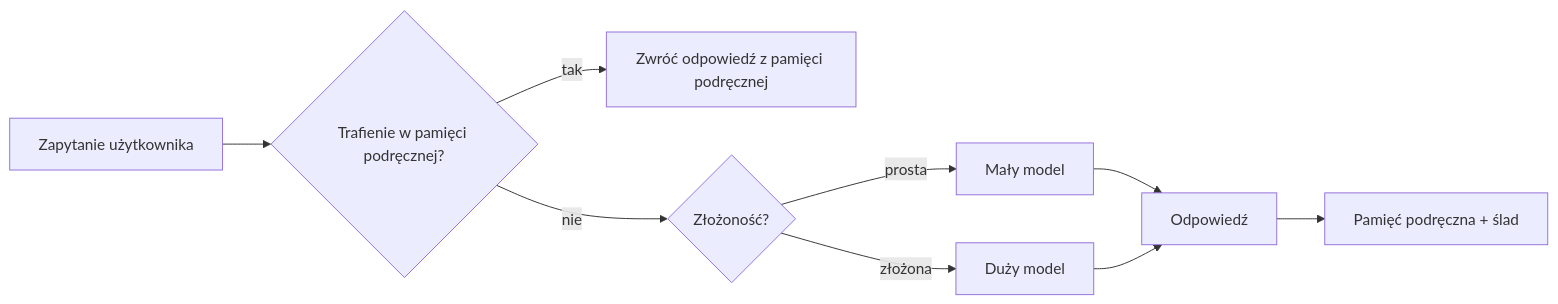
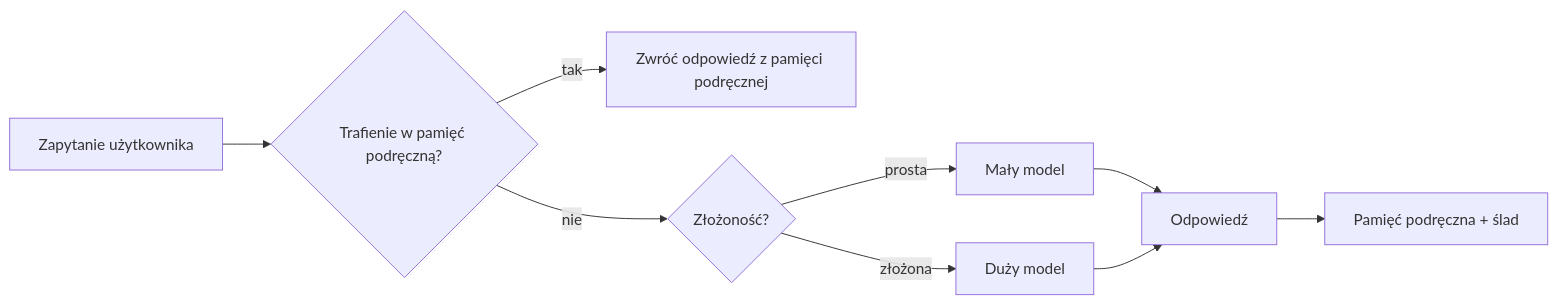
Before and after one commit to gabrielmoreira/agent-skills-mirror: the third of 4 diagrams in mirrors/repos/microsoft@ai-agents-for-beginners/translations/pl/16-deploying-scalable-agents/README.md, drawn with Mermaid. The commit also changed other lines of this file and 3581 other files, not shown here.

````diff
--- a/mirrors/repos/microsoft@ai-agents-for-beginners/translations/pl/16-deploying-scalable-agents/README.md
+++ b/mirrors/repos/microsoft@ai-agents-for-beginners/translations/pl/16-deploying-scalable-agents/README.md
@@ -134,11 +134,11 @@
 ```mermaid
 flowchart LR
-    Q[Zapytanie użytkownika] --> C{Trafienie w pamięci podręcznej?}
+    Q[Zapytanie użytkownika] --> C{Trafienie w pamięć podręczną?}
     C -->|tak| R[Zwróć odpowiedź z pamięci podręcznej]
     C -->|nie| Router{Złożoność?}
     Router -->|prosta| SLM[Mały model]
     Router -->|złożona| LLM[Duży model]
     SLM --> Out[Odpowiedź]
     LLM --> Out
     Out --> Store[Pamięć podręczna + ślad]
 ```
````
